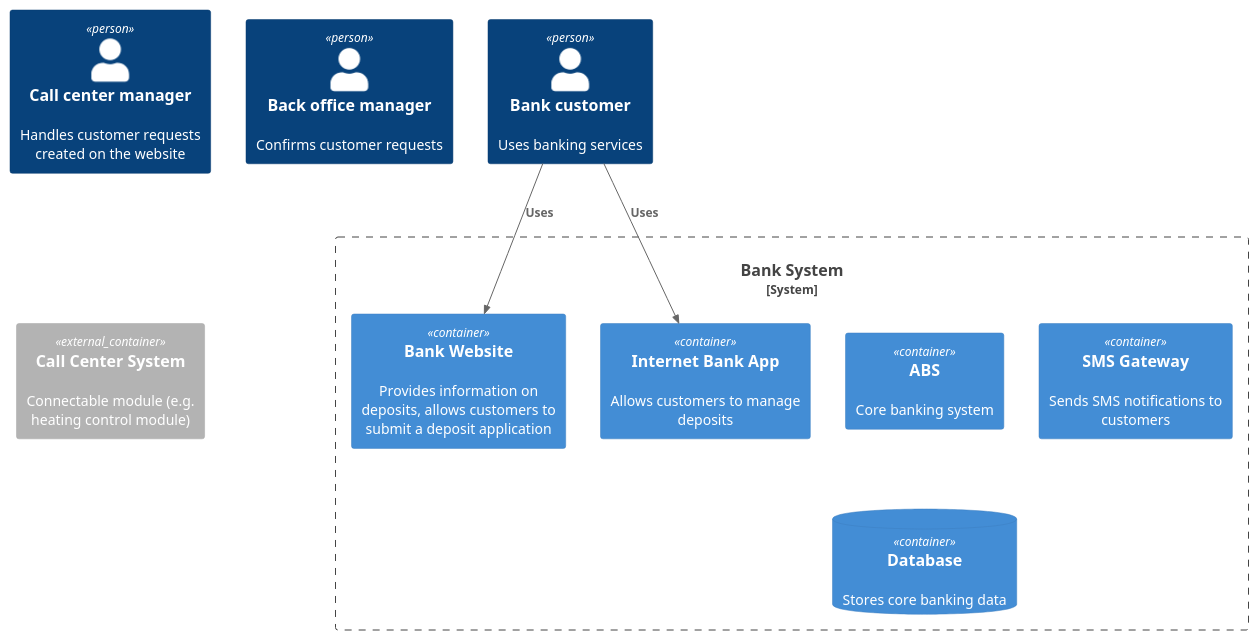
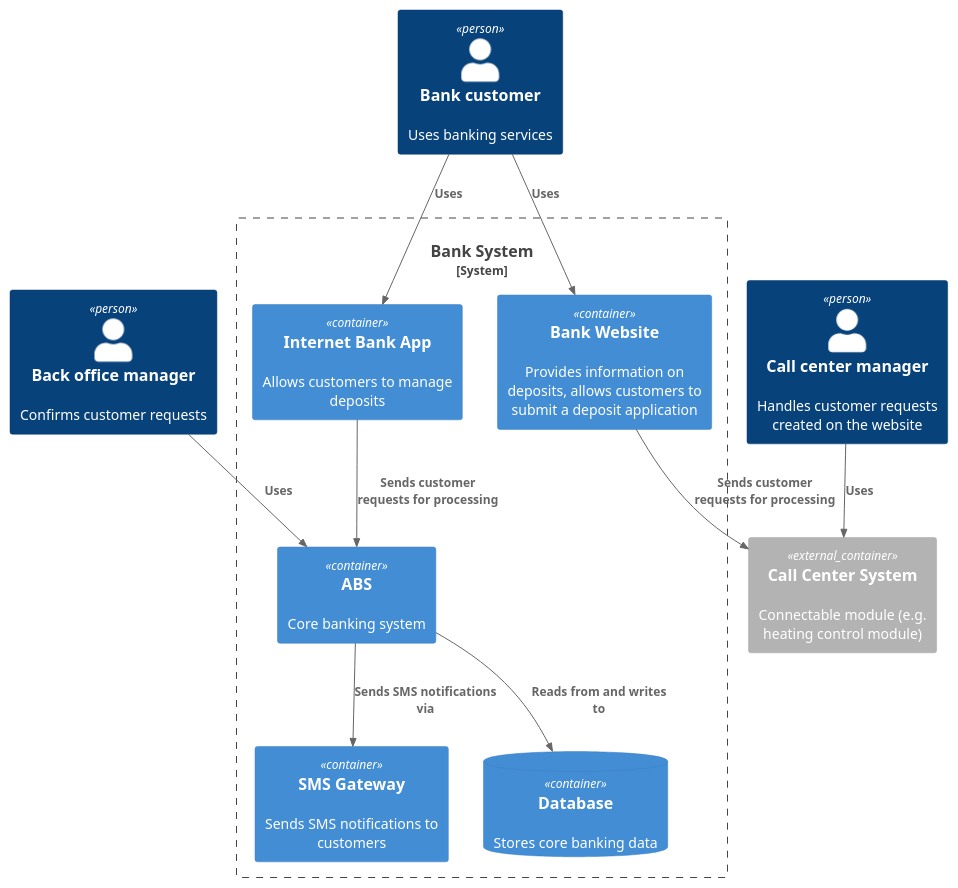
Before and after one commit to Madm1key/architecture-standart: the diagram in Task3/C4_Container.puml, drawn with PlantUML.

Commit message:
feat: update C4 model with additional relationships for ABS and customer processing

```diff
--- a/Task3/C4_Container.puml
+++ b/Task3/C4_Container.puml
@@ -1,22 +1,28 @@
 @startuml
 !include https://raw.githubusercontent.com/plantuml-stdlib/C4-PlantUML/master/C4_Container.puml
 
 Person(customer, "Bank customer", "Uses banking services")
 Person(ccm, "Call center manager", "Handles customer requests created on the website")
 Person(bom, "Back office manager", "Confirms customer requests")
 
 System_Boundary(s, "Bank System") {
   Container(website, "Bank Website", $descr="Provides information on deposits, allows customers to submit a deposit application")
   Container(internetBank, "Internet Bank App", $descr="Allows customers to manage deposits")
   Container(abs, "ABS", $descr="Core banking system")
   Container(smsGateway, "SMS Gateway", $descr="Sends SMS notifications to customers")
 
   ContainerDb(absDb, "Database", $descr="Stores core banking data")
 }
 
 Container_Ext(ccSystem, "Call Center System", $descr="Connectable module (e.g. heating control module)")
 
 Rel(customer, website, "Uses")
 Rel(customer, internetBank, "Uses")
+Rel(bom, abs, "Uses")
+Rel(abs, absDb, "Reads from and writes to")
+Rel(abs, smsGateway, "Sends SMS notifications via")
+Rel(ccm, ccSystem, "Uses")
+Rel(website, ccSystem, "Sends customer requests for processing")
+Rel(internetBank, abs, "Sends customer requests for processing")
 
 @enduml
```
